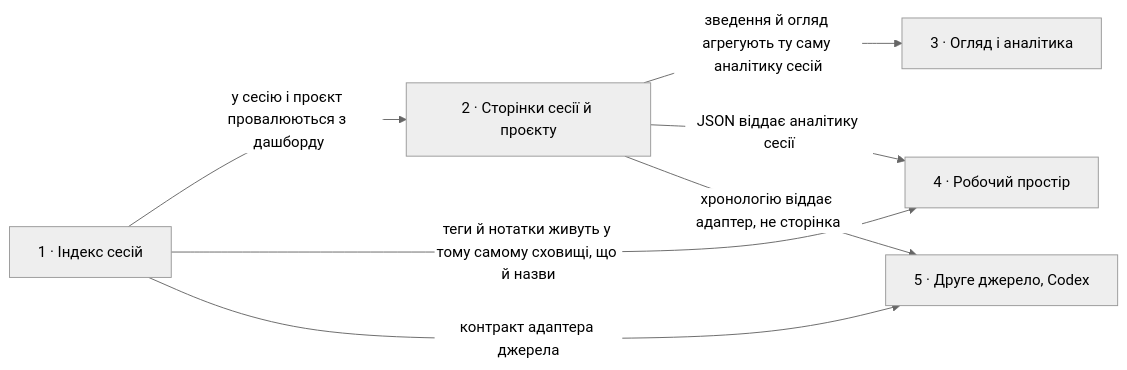
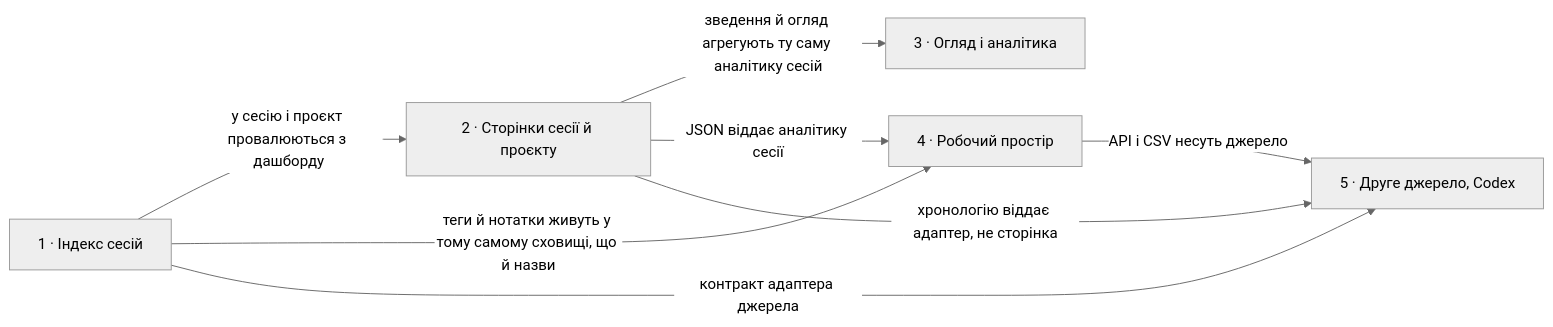
Before and after one commit to edlyashenko/test-repo: the diagram in docs/roadmap.md, drawn with Mermaid (neutral theme). The commit also changed other lines of this file, not shown here.

First line of the commit message:
roadmap: codex-source gets its own wave

````diff
--- a/docs/roadmap.md
+++ b/docs/roadmap.md
@@ -71,9 +71,10 @@
 ```mermaid
 flowchart LR
   s1["1 · Індекс сесій"] -->|у сесію і проєкт провалюються з дашборду| s2["2 · Сторінки сесії й проєкту"]
   s2 -->|зведення й огляд агрегують ту саму аналітику сесій| s3["3 · Огляд і аналітика"]
   s1 -->|теги й нотатки живуть у тому самому сховищі, що й назви| s4["4 · Робочий простір"]
   s2 -->|JSON віддає аналітику сесії| s4
   s1 -->|контракт адаптера джерела| s5["5 · Друге джерело, Codex"]
   s2 -->|хронологію віддає адаптер, не сторінка| s5
+  s4 -->|API і CSV несуть джерело| s5
 ```
````
